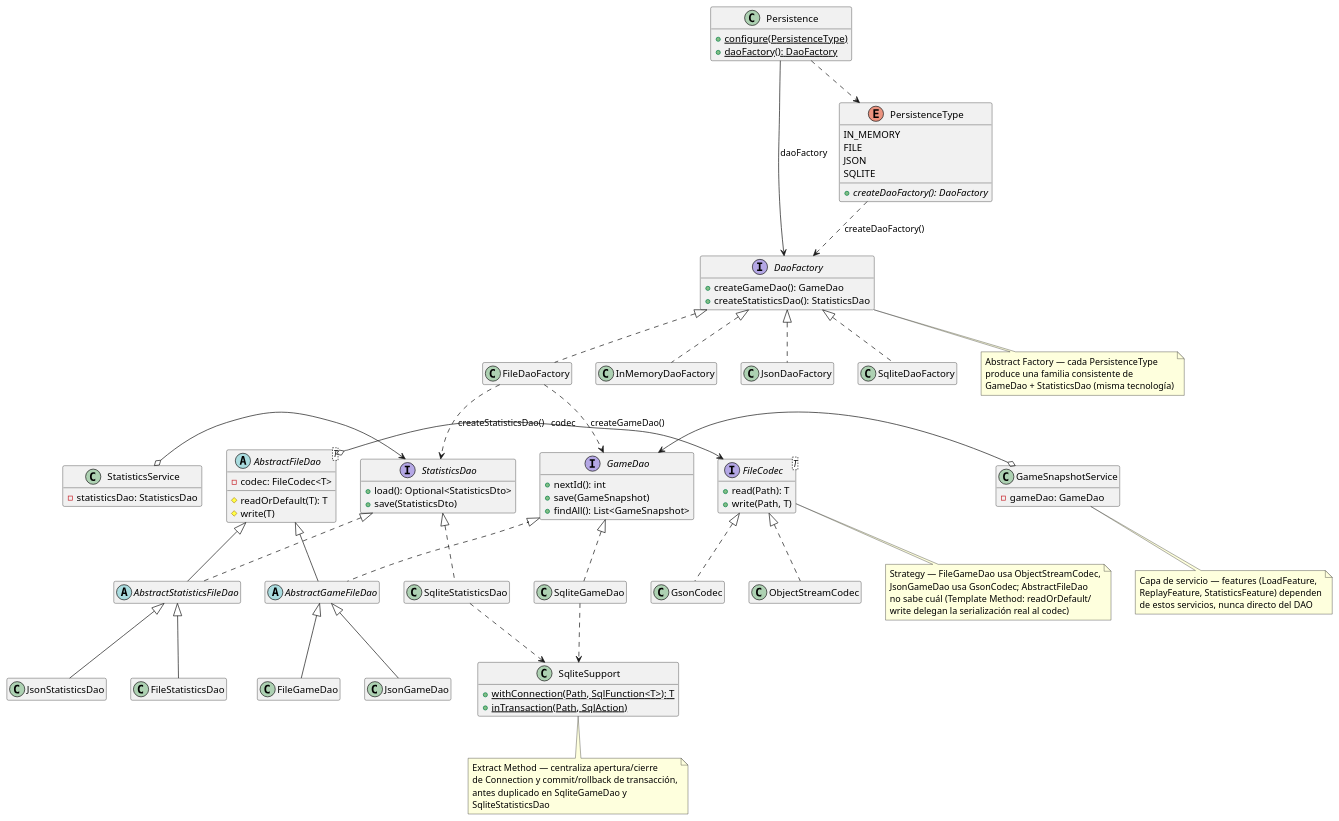
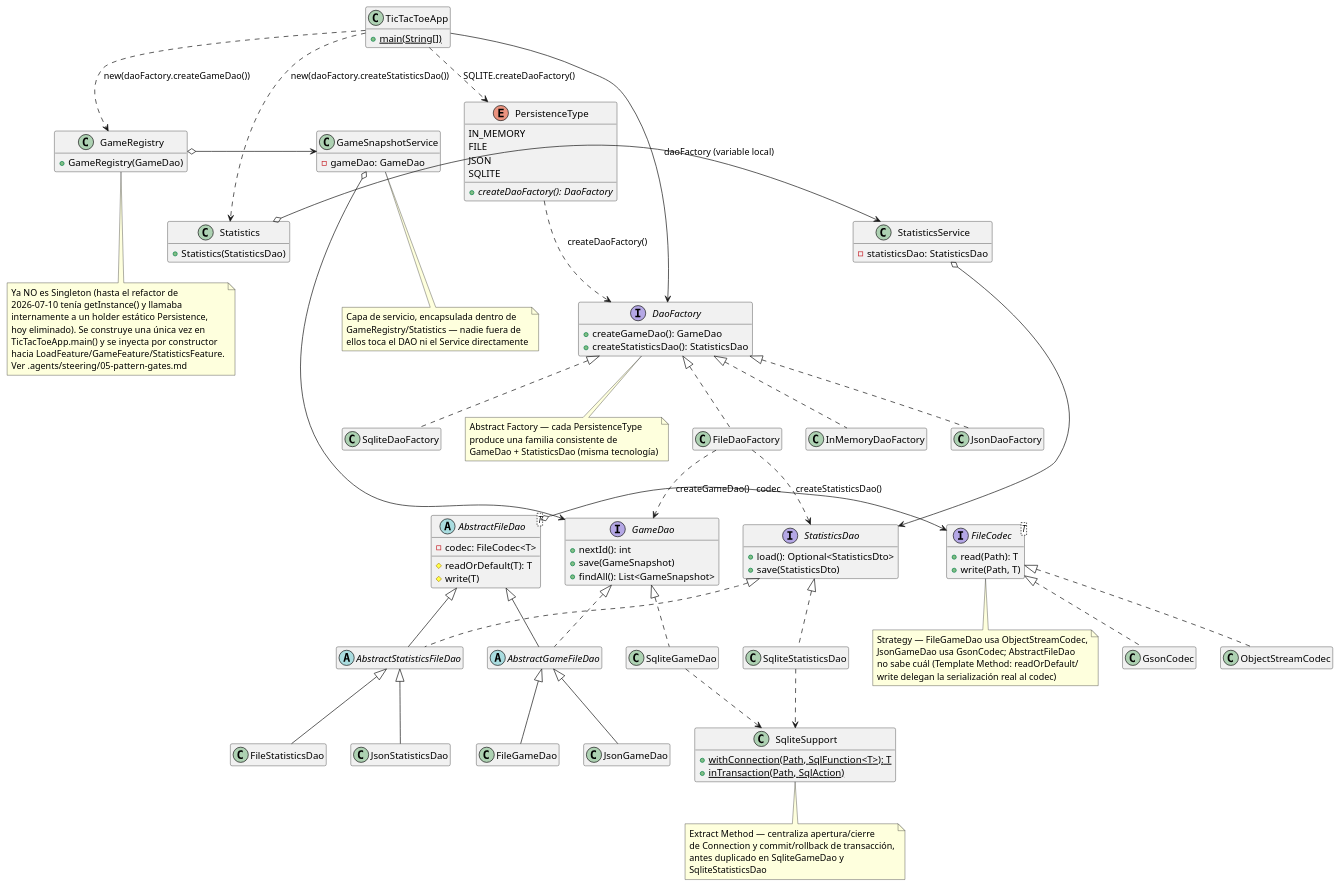
One commit to pcarroza/tictactoe-java changed the diagram in docs/4+1views/logica/patrones/patron-dao-persistencia.puml. Above: the diagram before and after it, drawn with PlantUML. The commit also changed 16 other files, not shown here.

```diff
--- a/docs/4+1views/logica/patrones/patron-dao-persistencia.puml
+++ b/docs/4+1views/logica/patrones/patron-dao-persistencia.puml
@@ -1,120 +1,140 @@
 @startuml patron-dao-persistencia
 hide empty members
 
-class Persistence {
-  {static} +configure(PersistenceType)
-  {static} +daoFactory(): DaoFactory
+class TicTacToeApp {
+  {static} +main(String[])
 }
 enum PersistenceType {
   IN_MEMORY
   FILE
   JSON
   SQLITE
   {abstract} +createDaoFactory(): DaoFactory
 }
 
 interface DaoFactory {
   +createGameDao(): GameDao
   +createStatisticsDao(): StatisticsDao
 }
 class InMemoryDaoFactory
 class FileDaoFactory
 class JsonDaoFactory
 class SqliteDaoFactory
 
 interface GameDao {
   +nextId(): int
   +save(GameSnapshot)
   +findAll(): List<GameSnapshot>
 }
 interface StatisticsDao {
   +load(): Optional<StatisticsDto>
   +save(StatisticsDto)
 }
 
-Persistence ..> PersistenceType
-Persistence --> DaoFactory : daoFactory
+TicTacToeApp ..> PersistenceType : SQLITE.createDaoFactory()
+TicTacToeApp --> DaoFactory : daoFactory (variable local)
 PersistenceType ..> DaoFactory : createDaoFactory()
 DaoFactory <|.. InMemoryDaoFactory
 DaoFactory <|.. FileDaoFactory
 DaoFactory <|.. JsonDaoFactory
 DaoFactory <|.. SqliteDaoFactory
 FileDaoFactory ..> GameDao : createGameDao()
 FileDaoFactory ..> StatisticsDao : createStatisticsDao()
 
 abstract class AbstractFileDao<T> {
   -codec: FileCodec<T>
   #readOrDefault(T): T
   #write(T)
 }
 interface FileCodec<T> {
   +read(Path): T
   +write(Path, T)
 }
 class GsonCodec
 class ObjectStreamCodec
 abstract class AbstractGameFileDao
 abstract class AbstractStatisticsFileDao
 class FileGameDao
 class JsonGameDao
 class FileStatisticsDao
 class JsonStatisticsDao
 
 AbstractFileDao o-> FileCodec : codec
 FileCodec <|.. GsonCodec
 FileCodec <|.. ObjectStreamCodec
 AbstractFileDao <|-- AbstractGameFileDao
 AbstractFileDao <|-- AbstractStatisticsFileDao
 GameDao <|.. AbstractGameFileDao
 StatisticsDao <|.. AbstractStatisticsFileDao
 AbstractGameFileDao <|-- FileGameDao
 AbstractGameFileDao <|-- JsonGameDao
 AbstractStatisticsFileDao <|-- FileStatisticsDao
 AbstractStatisticsFileDao <|-- JsonStatisticsDao
 
 class SqliteGameDao
 class SqliteStatisticsDao
 class SqliteSupport {
   {static} +withConnection(Path, SqlFunction<T>): T
   {static} +inTransaction(Path, SqlAction)
 }
 GameDao <|.. SqliteGameDao
 StatisticsDao <|.. SqliteStatisticsDao
 SqliteGameDao ..> SqliteSupport
 SqliteStatisticsDao ..> SqliteSupport
 
 class GameSnapshotService {
   -gameDao: GameDao
 }
 class StatisticsService {
   -statisticsDao: StatisticsDao
 }
 GameSnapshotService o-> GameDao
 StatisticsService o-> StatisticsDao
 
+class GameRegistry {
+  +GameRegistry(GameDao)
+}
+class Statistics {
+  +Statistics(StatisticsDao)
+}
+GameRegistry o-> GameSnapshotService
+Statistics o-> StatisticsService
+TicTacToeApp ..> GameRegistry : new(daoFactory.createGameDao())
+TicTacToeApp ..> Statistics : new(daoFactory.createStatisticsDao())
+
 note bottom of DaoFactory
   Abstract Factory — cada PersistenceType
   produce una familia consistente de
   GameDao + StatisticsDao (misma tecnología)
 end note
 
 note bottom of FileCodec
   Strategy — FileGameDao usa ObjectStreamCodec,
   JsonGameDao usa GsonCodec; AbstractFileDao
   no sabe cuál (Template Method: readOrDefault/
   write delegan la serialización real al codec)
 end note
 
 note bottom of SqliteSupport
   Extract Method — centraliza apertura/cierre
   de Connection y commit/rollback de transacción,
   antes duplicado en SqliteGameDao y
   SqliteStatisticsDao
 end note
 
 note bottom of GameSnapshotService
-  Capa de servicio — features (LoadFeature,
-  ReplayFeature, StatisticsFeature) dependen
-  de estos servicios, nunca directo del DAO
+  Capa de servicio, encapsulada dentro de
+  GameRegistry/Statistics — nadie fuera de
+  ellos toca el DAO ni el Service directamente
+end note
+
+note bottom of GameRegistry
+  Ya NO es Singleton (hasta el refactor de
+  2026-07-10 tenía getInstance() y llamaba
+  internamente a un holder estático Persistence,
+  hoy eliminado). Se construye una única vez en
+  TicTacToeApp.main() y se inyecta por constructor
+  hacia LoadFeature/GameFeature/StatisticsFeature.
+  Ver .agents/steering/05-pattern-gates.md
 end note
 @enduml
```
